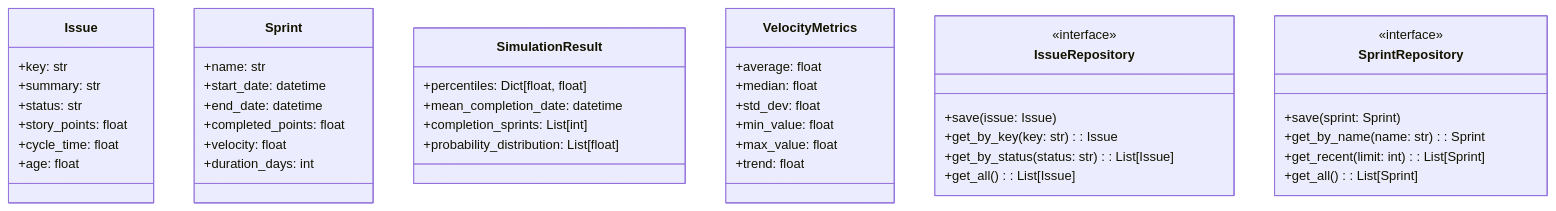
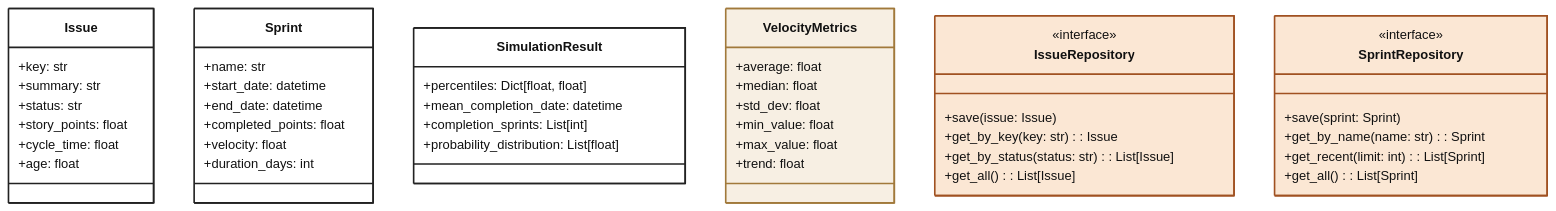
One commit to opreto/jira-monte-carlo changed the second of 7 diagrams in ARCHITECTURE.md. Above: the diagram before and after it, drawn with Mermaid. The commit also changed other lines of this file and 1 other file, not shown here.

First line of the commit message:
Style all mermaid diagrams with professional formatting

````diff
--- a/ARCHITECTURE.md
+++ b/ARCHITECTURE.md
@@ -113,52 +113,60 @@
 ```mermaid
+%%{init: { 'theme': 'base', 'themeVariables': { 'primaryColor': '#fff', 'primaryTextColor': '#111', 'primaryBorderColor': '#222', 'lineColor': '#333', 'secondaryColor': '#f7efe3', 'tertiaryColor': '#fbe7d4', 'background': '#fff' }}}%%
 classDiagram
     class Issue {
         +key: str
         +summary: str
         +status: str
         +story_points: float
         +cycle_time: float
         +age: float
     }
     
     class Sprint {
         +name: str
         +start_date: datetime
         +end_date: datetime
         +completed_points: float
         +velocity: float
         +duration_days: int
     }
     
     class SimulationResult {
         +percentiles: Dict[float, float]
         +mean_completion_date: datetime
         +completion_sprints: List[int]
         +probability_distribution: List[float]
     }
     
     class VelocityMetrics {
         +average: float
         +median: float
         +std_dev: float
         +min_value: float
         +max_value: float
         +trend: float
     }
     
     class IssueRepository {
         <<interface>>
         +save(issue: Issue)
         +get_by_key(key: str): Issue
         +get_by_status(status: str): List[Issue]
         +get_all(): List[Issue]
     }
     
     class SprintRepository {
         <<interface>>
         +save(sprint: Sprint)
         +get_by_name(name: str): Sprint
         +get_recent(limit: int): List[Sprint]
         +get_all(): List[Sprint]
     }
+
+    style Issue fill:#FFF,stroke:#222,stroke-width:2px
+    style Sprint fill:#FFF,stroke:#222,stroke-width:2px
+    style SimulationResult fill:#FFF,stroke:#222,stroke-width:2px
+    style VelocityMetrics fill:#F7EFE3,stroke:#A1793B,stroke-width:2px
+    style IssueRepository fill:#FBE7D4,stroke:#A05121,stroke-width:2px
+    style SprintRepository fill:#FBE7D4,stroke:#A05121,stroke-width:2px
 ```
````
